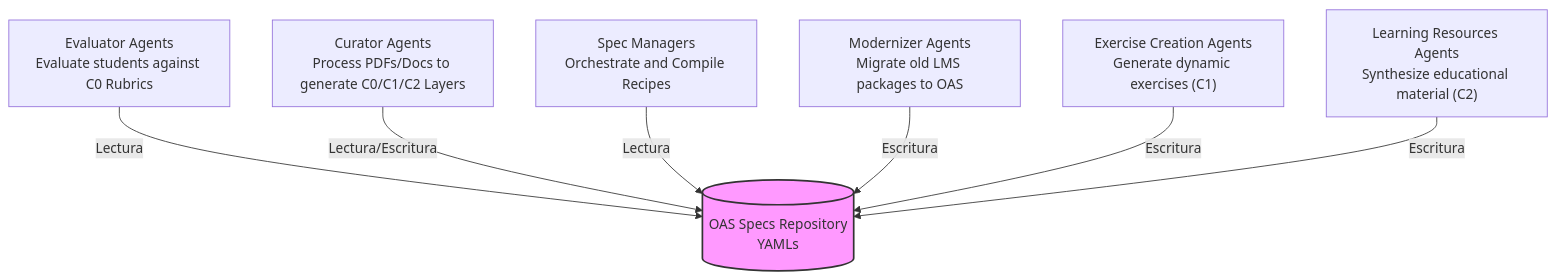
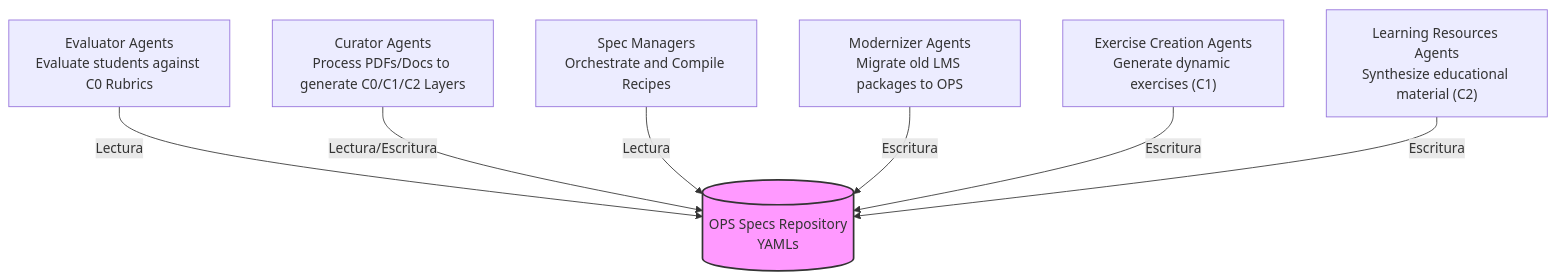
Before and after one commit to ColabEdu/ce-web: the first of 2 diagrams in apps/colabedu-org/src/content/docs/en/oas-spec/architecture/agentes.mdx, drawn with Mermaid. The commit also changed other lines of this file and 146 other files, not shown here.

Commit message:
docs(web): add SpecVersionViewer component, pathway templates, and align documentation with OPS v0.9.5

````diff
--- a/apps/colabedu-org/src/content/docs/en/oas-spec/architecture/agentes.mdx
+++ b/apps/colabedu-org/src/content/docs/en/oas-spec/architecture/agentes.mdx
@@ -12,13 +12,13 @@
 ```mermaid
 graph TD
-    OAS[(OAS Specs Repository\nYAMLs)]
+    OPS[(OPS Specs Repository\nYAMLs)]
     
-    Evaluator[Evaluator Agents\nEvaluate students against C0 Rubrics] -->|Lectura| OAS
-    Curator[Curator Agents\nProcess PDFs/Docs to generate C0/C1/C2 Layers] -->|Lectura/Escritura| OAS
-    Manager[Spec Managers\nOrchestrate and Compile Recipes] -->|Lectura| OAS
-    Modernizer[Modernizer Agents\nMigrate old LMS packages to OAS] -->|Escritura| OAS
-    ExerciseGen["Exercise Creation Agents\nGenerate dynamic exercises (C1)"] -->|Escritura| OAS
-    ResourceGen["Learning Resources Agents\nSynthesize educational material (C2)"] -->|Escritura| OAS
+    Evaluator[Evaluator Agents\nEvaluate students against C0 Rubrics] -->|Lectura| OPS
+    Curator[Curator Agents\nProcess PDFs/Docs to generate C0/C1/C2 Layers] -->|Lectura/Escritura| OPS
+    Manager[Spec Managers\nOrchestrate and Compile Recipes] -->|Lectura| OPS
+    Modernizer[Modernizer Agents\nMigrate old LMS packages to OPS] -->|Escritura| OPS
+    ExerciseGen["Exercise Creation Agents\nGenerate dynamic exercises (C1)"] -->|Escritura| OPS
+    ResourceGen["Learning Resources Agents\nSynthesize educational material (C2)"] -->|Escritura| OPS
     
-    style OAS fill:#f9f,stroke:#333,stroke-width:2px
+    style OPS fill:#f9f,stroke:#333,stroke-width:2px
 ```
````
